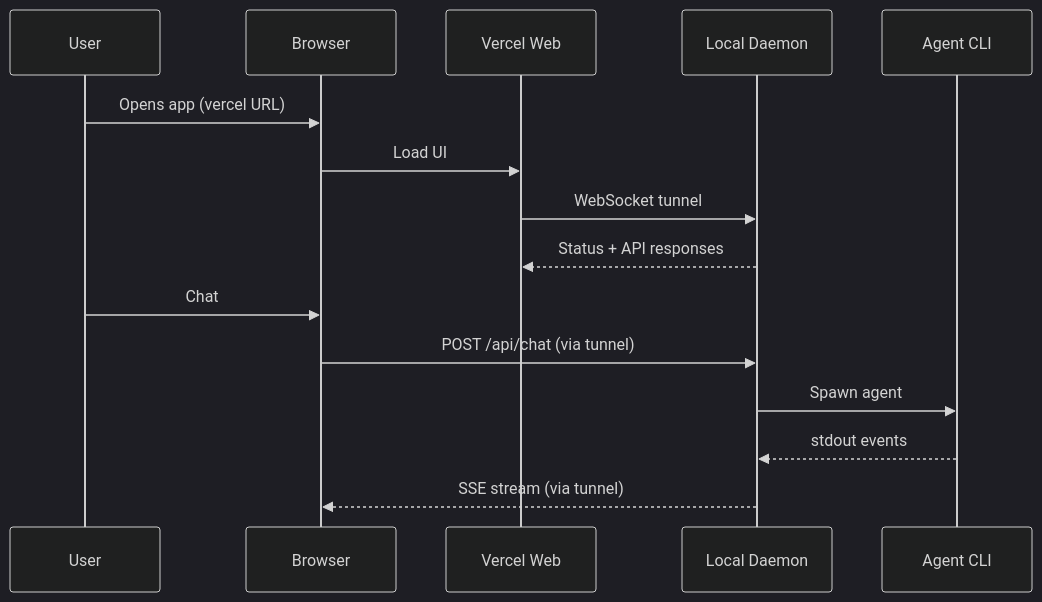
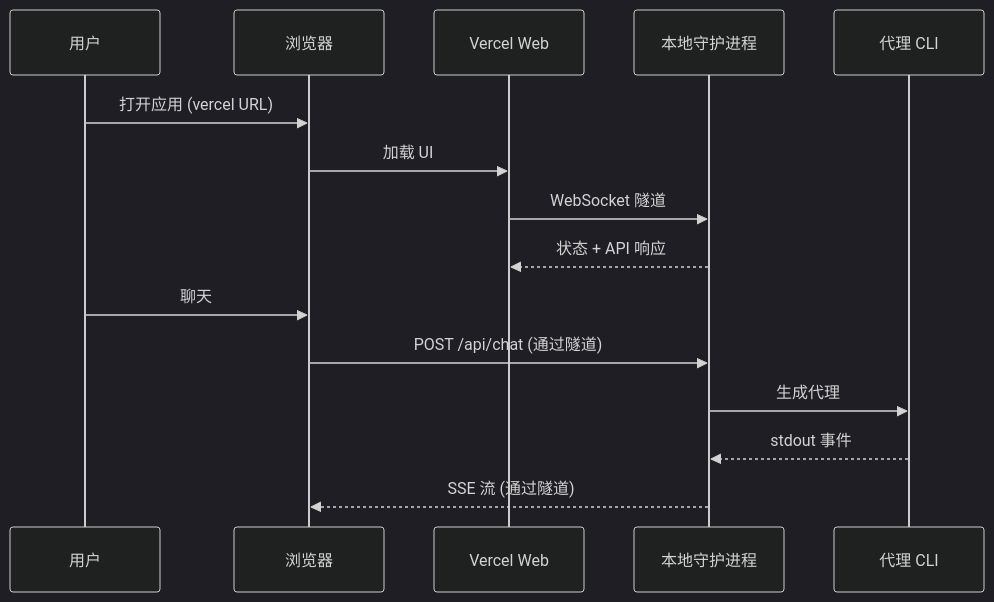
Before and after one commit to nmsn/open-design: the third of 12 diagrams in docs/codebase/ARCHITECTURE.md, drawn with Mermaid (dark theme). The commit also changed other lines of this file and 2 other files, not shown here.

````diff
--- a/docs/codebase/ARCHITECTURE.md
+++ b/docs/codebase/ARCHITECTURE.md
@@ -73,18 +73,18 @@
 ```mermaid
 sequenceDiagram
-    participant U as User
-    participant B as Browser
+    participant U as 用户
+    participant B as 浏览器
     participant V as Vercel Web
-    participant D as Local Daemon
-    participant A as Agent CLI
+    participant D as 本地守护进程
+    participant A as 代理 CLI
 
-    U->>B: Opens app (vercel URL)
-    B->>V: Load UI
-    V->>D: WebSocket tunnel
-    D-->>V: Status + API responses
-    U->>B: Chat
-    B->>D: POST /api/chat (via tunnel)
-    D->>A: Spawn agent
-    A-->>D: stdout events
-    D-->>B: SSE stream (via tunnel)
+    U->>B: 打开应用 (vercel URL)
+    B->>V: 加载 UI
+    V->>D: WebSocket 隧道
+    D-->>V: 状态 + API 响应
+    U->>B: 聊天
+    B->>D: POST /api/chat (通过隧道)
+    D->>A: 生成代理
+    A-->>D: stdout 事件
+    D-->>B: SSE 流 (通过隧道)
 ```
````
